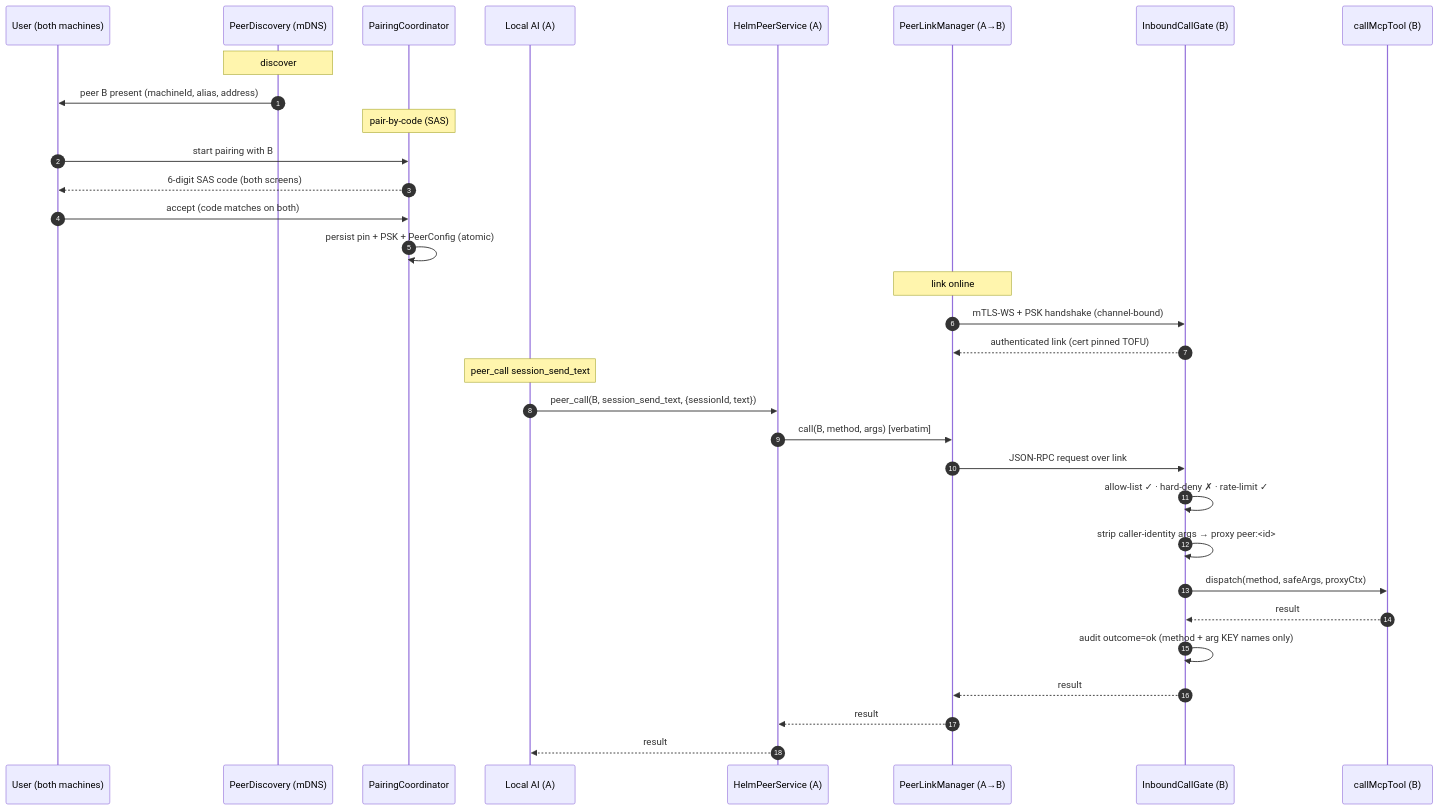
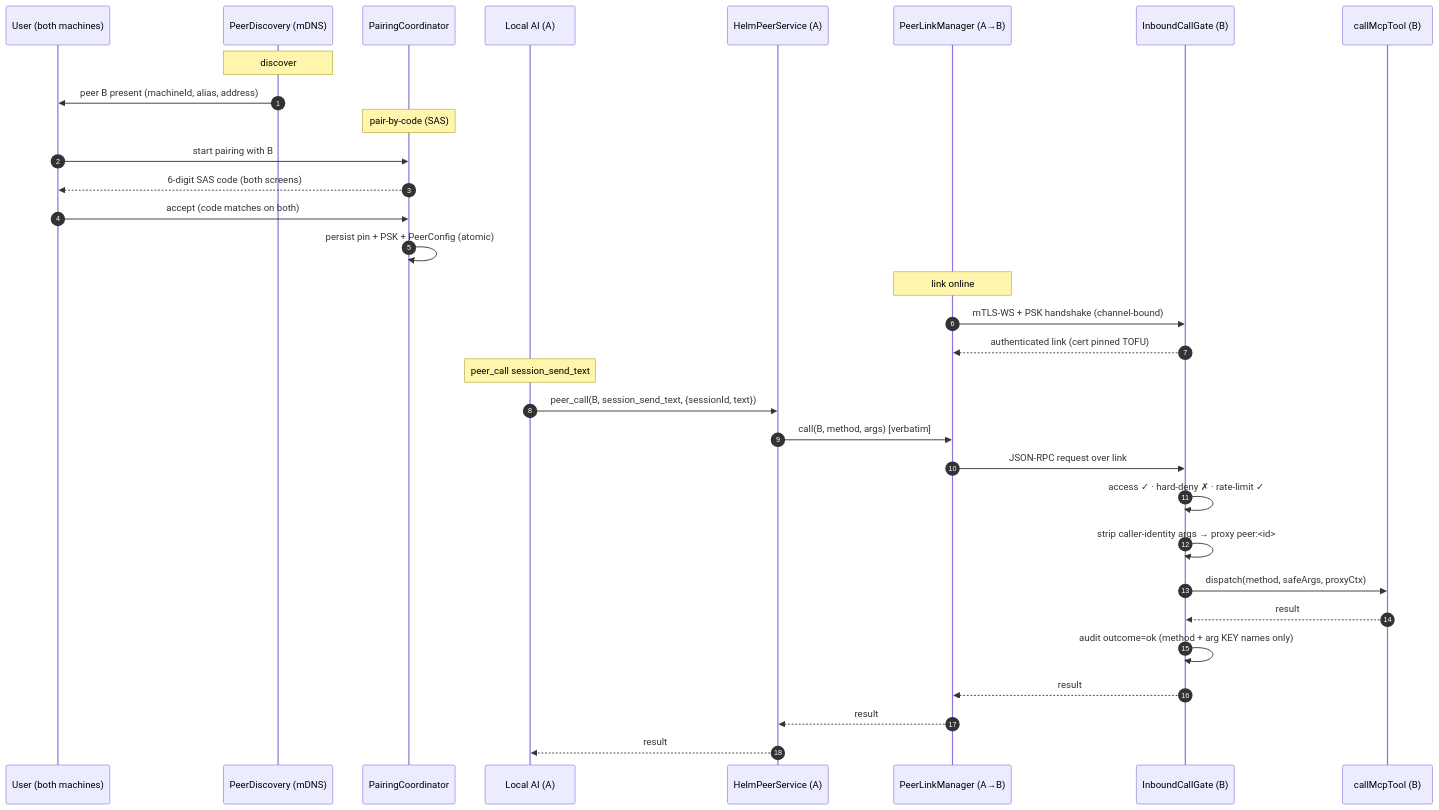
The second of 6 diagrams in docs/fleet.md (PetePeter/helm), drawn with Mermaid before and after one commit. The commit also changed other lines of this file and 55 other files, not shown here.

````diff
--- a/docs/fleet.md
+++ b/docs/fleet.md
@@ -104,37 +104,37 @@
 ```mermaid
 sequenceDiagram
     autonumber
     participant UI as User (both machines)
     participant PD as PeerDiscovery (mDNS)
     participant PCO as PairingCoordinator
     participant AI as Local AI (A)
     participant HPS as HelmPeerService (A)
     participant PLM as PeerLinkManager (A→B)
     participant ICG as InboundCallGate (B)
     participant CMT as callMcpTool (B)
 
     Note over PD: discover
     PD->>UI: peer B present (machineId, alias, address)
     Note over PCO: pair-by-code (SAS)
     UI->>PCO: start pairing with B
     PCO-->>UI: 6-digit SAS code (both screens)
     UI->>PCO: accept (code matches on both)
     PCO->>PCO: persist pin + PSK + PeerConfig (atomic)
 
     Note over PLM: link online
     PLM->>ICG: mTLS-WS + PSK handshake (channel-bound)
     ICG-->>PLM: authenticated link (cert pinned TOFU)
 
     Note over AI: peer_call session_send_text
     AI->>HPS: peer_call(B, session_send_text, {sessionId, text})
     HPS->>PLM: call(B, method, args) [verbatim]
     PLM->>ICG: JSON-RPC request over link
-    ICG->>ICG: allow-list ✓ · hard-deny ✗ · rate-limit ✓
+    ICG->>ICG: access ✓ · hard-deny ✗ · rate-limit ✓
     ICG->>ICG: strip caller-identity args → proxy peer:<id>
     ICG->>CMT: dispatch(method, safeArgs, proxyCtx)
     CMT-->>ICG: result
     ICG->>ICG: audit outcome=ok (method + arg KEY names only)
     ICG-->>PLM: result
     PLM-->>HPS: result
     HPS-->>AI: result
 ```
````
